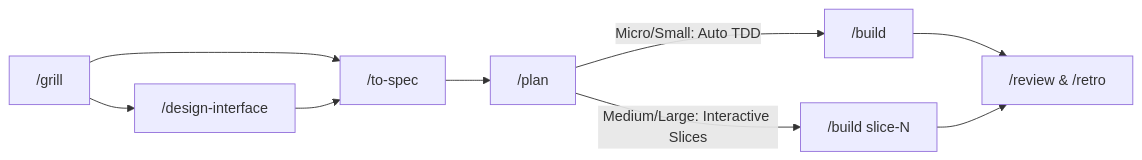
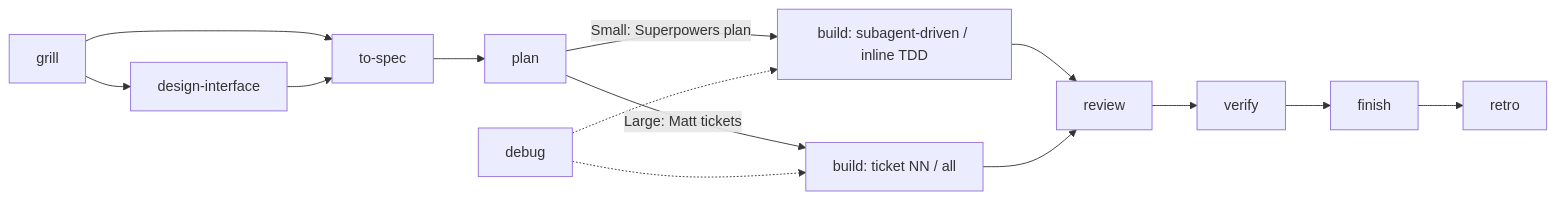
One commit to Hercules03/power-architect changed the diagram in README.md. Above: the diagram before and after it, drawn with Mermaid. The commit also changed other lines of this file and 42 other files, not shown here.

````diff
--- a/README.md
+++ b/README.md
@@ -7,11 +12,16 @@
 ```mermaid
 graph LR
-    A["/grill"] --> B["/design-interface"]
-    A --> C["/to-spec"]
+    A[grill] --> B[design-interface]
+    A --> C[to-spec]
     B --> C
-    C --> D["/plan"]
-    D -->|Micro/Small: Auto TDD| E["/build"]
-    D -->|Medium/Large: Interactive Slices| F["/build slice-N"]
-    E --> G["/review & /retro"]
+    C --> D[plan]
+    D -->|Small: Superpowers plan| E[build: subagent-driven / inline TDD]
+    D -->|Large: Matt tickets| F[build: ticket NN / all]
+    E --> G[review]
     F --> G
+    G --> H[verify]
+    H --> I[finish]
+    I --> J[retro]
+    K[debug] -.-> E
+    K -.-> F
 ```
````
